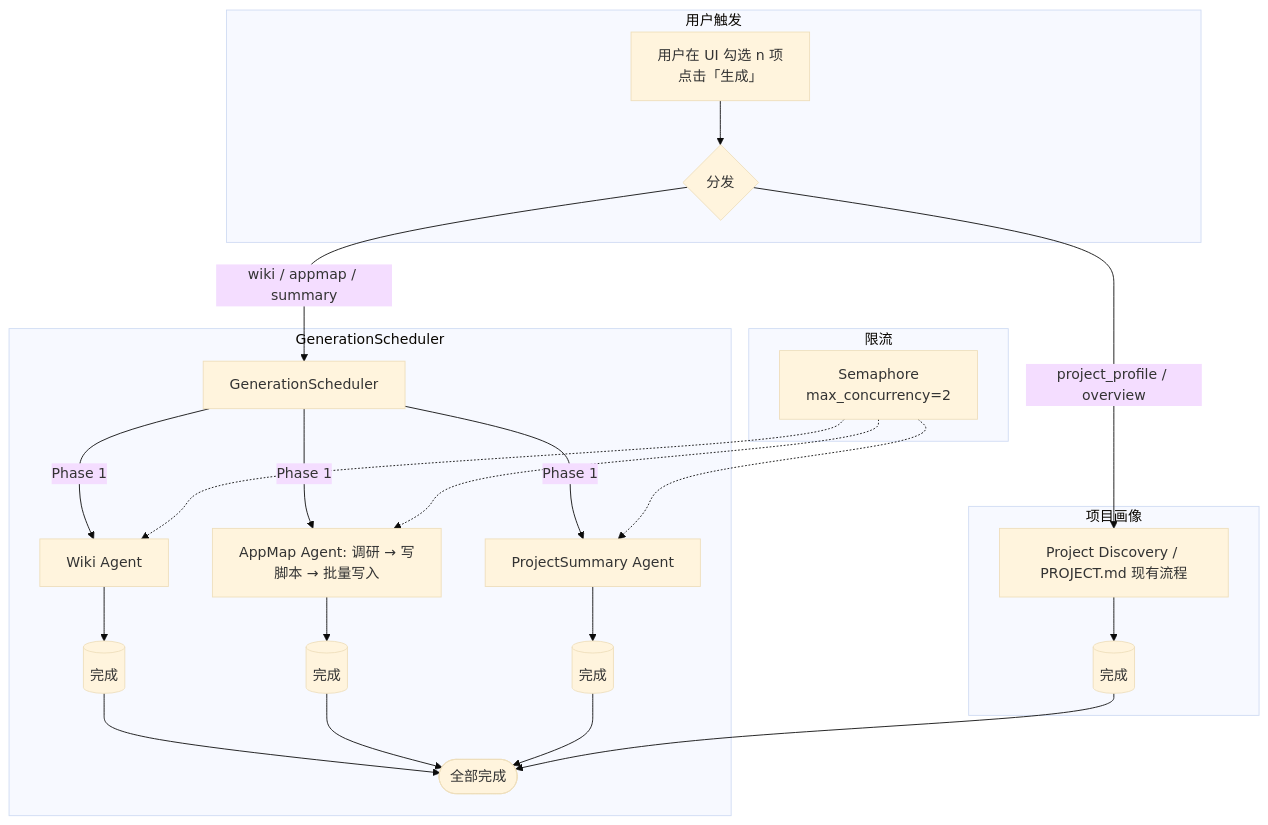
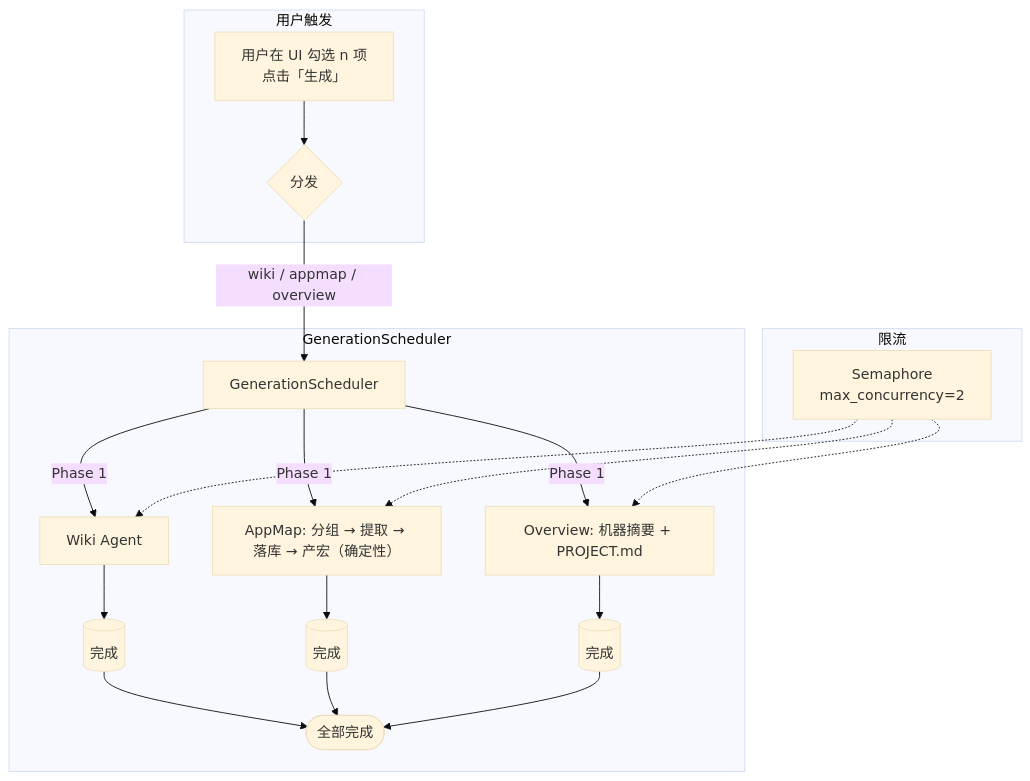
Before and after one commit to wonderful-team/evoloop: the third of 4 diagrams in backend/docs/unified_scanning_pipeline_design.md, drawn with Mermaid (base theme). The commit also changed other lines of this file, not shown here.

Commit message:
design doc v3.6: 前端精简，Summary 合并到 Overview，AppMap 对用户不可见

````diff
--- a/backend/docs/unified_scanning_pipeline_design.md
+++ b/backend/docs/unified_scanning_pipeline_design.md
@@ -177,32 +167,26 @@
 ```mermaid
 graph TD
     subgraph 用户触发
         U[用户在 UI 勾选 n 项<br>点击「生成」] --> S{分发}
     end
 
     subgraph GenerationScheduler
-        S -->|wiki / appmap / summary| G[GenerationScheduler]
+        S -->|wiki / appmap / overview| G[GenerationScheduler]
         G -->|Phase 1| Q1[Wiki Agent]
-        G -->|Phase 1| Q2[AppMap Agent: 调研 → 写脚本 → 批量写入]
-        G -->|Phase 1| Q3[ProjectSummary Agent]
+        G -->|Phase 1| Q2[AppMap: 分组 → 提取 → 落库 → 产宏（确定性）]
+        G -->|Phase 1| Q3[Overview: 机器摘要 + PROJECT.md]
         Q1 --> DONE1[(完成)]
         Q2 --> DONE2[(完成)]
         Q3 --> DONE3[(完成)]
         DONE1 --> END([全部完成])
         DONE2 --> END
         DONE3 --> END
-    end
-
-    subgraph 项目画像
-        S -->|project_profile / overview| P[Project Discovery / PROJECT.md 现有流程]
-        P --> DONE4[(完成)]
-        DONE4 --> END
     end
 
     subgraph 限流
         L[Semaphore<br>max_concurrency=2]
         L -.-> Q1
         L -.-> Q2
         L -.-> Q3
     end
 ```
````
